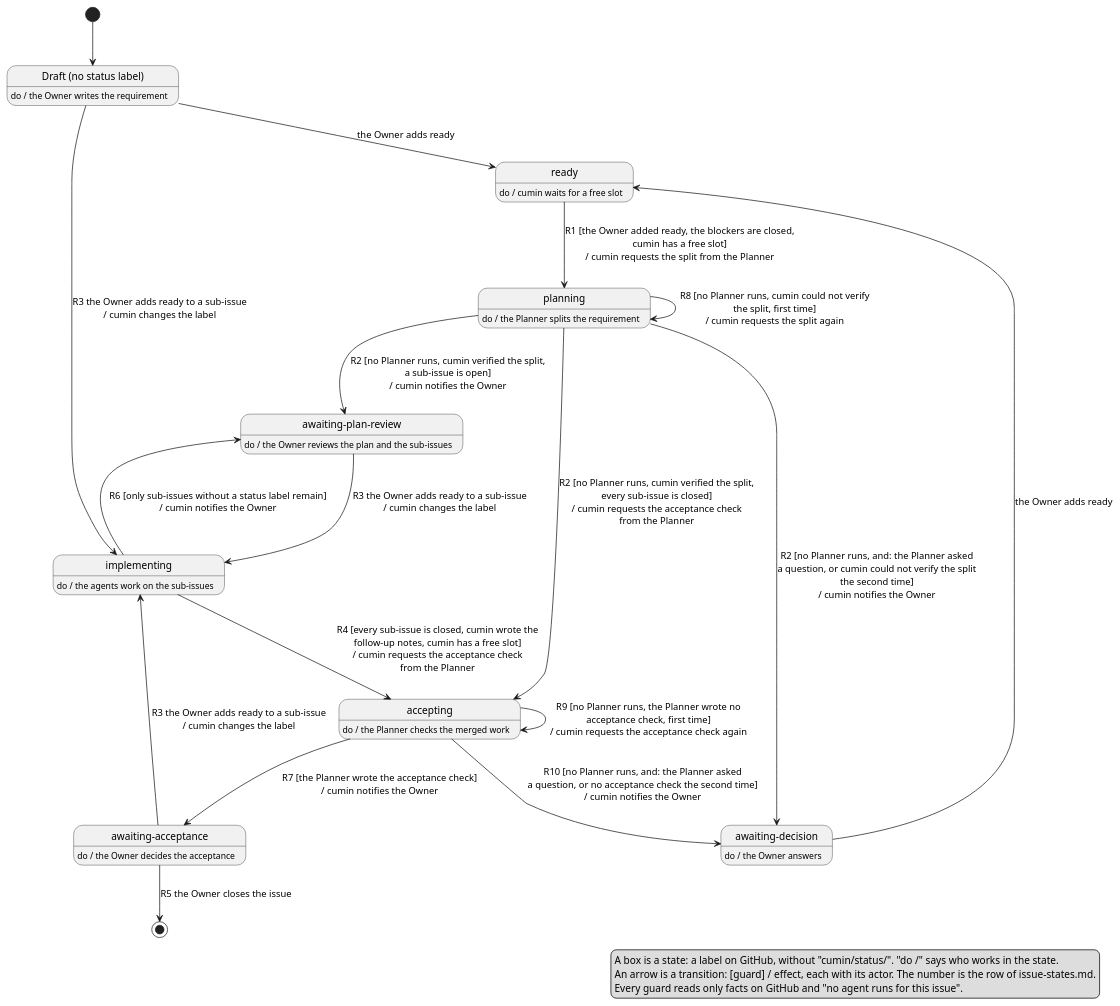
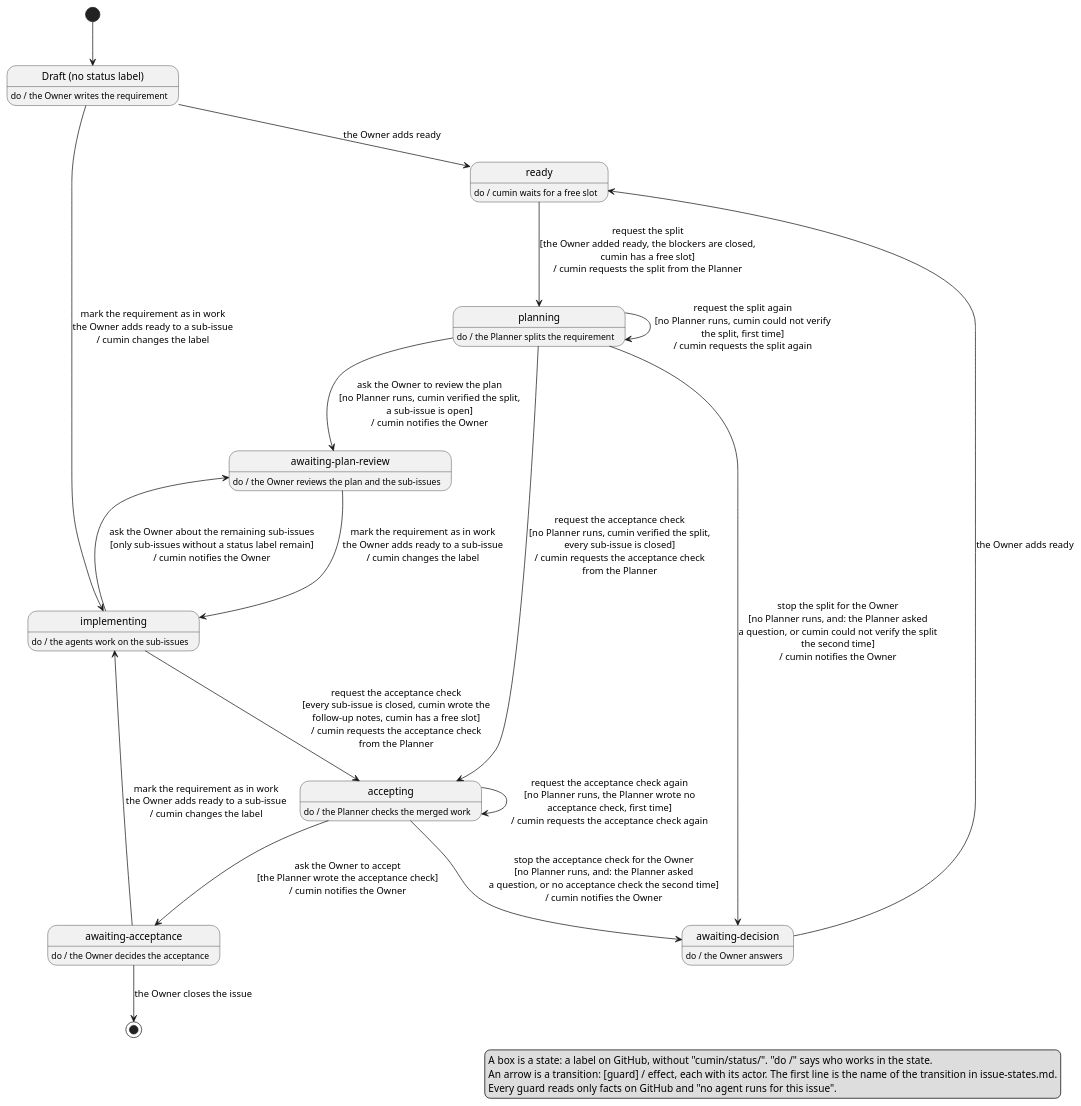
The diagram in docs/ja/requirements/workflow/requirement-issue-states.puml (cloveclovedev/cumin-works), drawn with PlantUML before and after one commit. The commit also changed 6 other files, not shown here.

First line of the commit message:
docs(requirements): name every transition and keep the old numbers only as a column

```diff
--- a/docs/ja/requirements/workflow/requirement-issue-states.puml
+++ b/docs/ja/requirements/workflow/requirement-issue-states.puml
@@ -1,57 +1,57 @@
 @startuml requirement-issue-states
 ' cumin works - states of a requirement issue.
 ' A state is a label on GitHub, written without "cumin/status/". "do /" says who works in the state.
-' A transition is written: [guard] / effect, with the number of issue-states.md in front.
+' A transition is written: [guard] / effect, with the name of the transition in front.
 ' Every guard and effect names who acts. Render: run scripts/render-diagrams.sh at the root of the repository.
 
 hide empty description
 
 state "Draft (no status label)" as Draft
 Draft : do / the Owner writes the requirement
 
 state "ready" as Ready
 Ready : do / cumin waits for a free slot
 
 state "planning" as Planning
 Planning : do / the Planner splits the requirement
 
 state "awaiting-plan-review" as PlanReview
 PlanReview : do / the Owner reviews the plan and the sub-issues
 
 state "implementing" as Implementing
 Implementing : do / the agents work on the sub-issues
 
 state "accepting" as Accepting
 Accepting : do / the Planner checks the merged work
 
 state "awaiting-acceptance" as Acceptance
 Acceptance : do / the Owner decides the acceptance
 
 state "awaiting-decision" as Decision
 Decision : do / the Owner answers
 
 [*] --> Draft
 Draft --> Ready : the Owner adds ready
-Draft --> Implementing : R3 the Owner adds ready to a sub-issue\n/ cumin changes the label
-Ready --> Planning : R1 [the Owner added ready, the blockers are closed,\ncumin has a free slot]\n/ cumin requests the split from the Planner
-Planning --> PlanReview : R2 [no Planner runs, cumin verified the split,\na sub-issue is open]\n/ cumin notifies the Owner
-Planning --> Accepting : R2 [no Planner runs, cumin verified the split,\nevery sub-issue is closed]\n/ cumin requests the acceptance check\nfrom the Planner
-Planning --> Planning : R8 [no Planner runs, cumin could not verify\nthe split, first time]\n/ cumin requests the split again
-Planning --> Decision : R2 [no Planner runs, and: the Planner asked\na question, or cumin could not verify the split\nthe second time]\n/ cumin notifies the Owner
-PlanReview --> Implementing : R3 the Owner adds ready to a sub-issue\n/ cumin changes the label
-Implementing --> Accepting : R4 [every sub-issue is closed, cumin wrote the\nfollow-up notes, cumin has a free slot]\n/ cumin requests the acceptance check\nfrom the Planner
-Implementing --> PlanReview : R6 [only sub-issues without a status label remain]\n/ cumin notifies the Owner
-Accepting --> Acceptance : R7 [the Planner wrote the acceptance check]\n/ cumin notifies the Owner
-Accepting --> Accepting : R9 [no Planner runs, the Planner wrote no\nacceptance check, first time]\n/ cumin requests the acceptance check again
-Accepting --> Decision : R10 [no Planner runs, and: the Planner asked\na question, or no acceptance check the second time]\n/ cumin notifies the Owner
-Acceptance --> Implementing : R3 the Owner adds ready to a sub-issue\n/ cumin changes the label
-Acceptance --> [*] : R5 the Owner closes the issue
+Draft --> Implementing : mark the requirement as in work\nthe Owner adds ready to a sub-issue\n/ cumin changes the label
+Ready --> Planning : request the split\n[the Owner added ready, the blockers are closed,\ncumin has a free slot]\n/ cumin requests the split from the Planner
+Planning --> PlanReview : ask the Owner to review the plan\n[no Planner runs, cumin verified the split,\na sub-issue is open]\n/ cumin notifies the Owner
+Planning --> Accepting : request the acceptance check\n[no Planner runs, cumin verified the split,\nevery sub-issue is closed]\n/ cumin requests the acceptance check\nfrom the Planner
+Planning --> Planning : request the split again\n[no Planner runs, cumin could not verify\nthe split, first time]\n/ cumin requests the split again
+Planning --> Decision : stop the split for the Owner\n[no Planner runs, and: the Planner asked\na question, or cumin could not verify the split\nthe second time]\n/ cumin notifies the Owner
+PlanReview --> Implementing : mark the requirement as in work\nthe Owner adds ready to a sub-issue\n/ cumin changes the label
+Implementing --> Accepting : request the acceptance check\n[every sub-issue is closed, cumin wrote the\nfollow-up notes, cumin has a free slot]\n/ cumin requests the acceptance check\nfrom the Planner
+Implementing --> PlanReview : ask the Owner about the remaining sub-issues\n[only sub-issues without a status label remain]\n/ cumin notifies the Owner
+Accepting --> Acceptance : ask the Owner to accept\n[the Planner wrote the acceptance check]\n/ cumin notifies the Owner
+Accepting --> Accepting : request the acceptance check again\n[no Planner runs, the Planner wrote no\nacceptance check, first time]\n/ cumin requests the acceptance check again
+Accepting --> Decision : stop the acceptance check for the Owner\n[no Planner runs, and: the Planner asked\na question, or no acceptance check the second time]\n/ cumin notifies the Owner
+Acceptance --> Implementing : mark the requirement as in work\nthe Owner adds ready to a sub-issue\n/ cumin changes the label
+Acceptance --> [*] : the Owner closes the issue
 Decision --> Ready : the Owner adds ready
 
 legend right
   A box is a state: a label on GitHub, without "cumin/status/". "do /" says who works in the state.
-  An arrow is a transition: [guard] / effect, each with its actor. The number is the row of issue-states.md.
+  An arrow is a transition: [guard] / effect, each with its actor. The first line is the name of the transition in issue-states.md.
   Every guard reads only facts on GitHub and "no agent runs for this issue".
 endlegend
 
 @enduml
```
